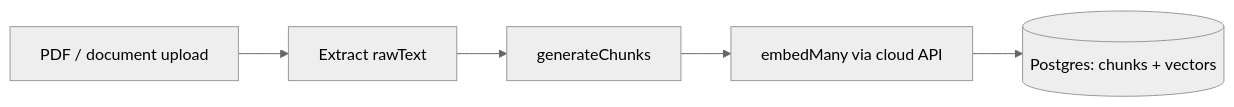
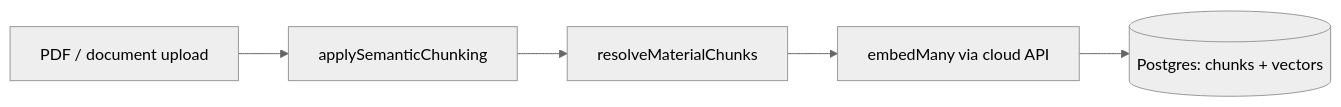
The first of 2 diagrams in docs/rag-ai/EMBEDDINGS.md (EduAI-Lab/EduAI), drawn with Mermaid (neutral theme) before and after one commit. The commit also changed other lines of this file and 5 other files, not shown here.

First line of the commit message:
chore: update changelog and improve material chunking process

````diff
--- a/docs/rag-ai/EMBEDDINGS.md
+++ b/docs/rag-ai/EMBEDDINGS.md
@@ -72,7 +73,7 @@
 ```mermaid
 flowchart LR
-  A[PDF / document upload] --> B[Extract rawText]
-  B --> C[generateChunks]
+  A[PDF / document upload] --> B[applySemanticChunking]
+  B --> C[resolveMaterialChunks]
   C --> D[embedMany via cloud API]
   D --> E[(Postgres: chunks + vectors)]
 ```
````
